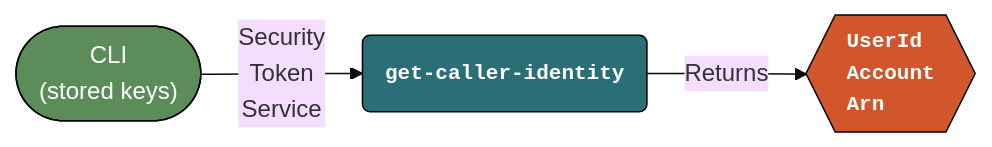
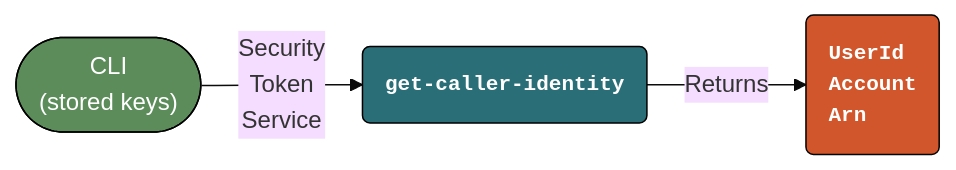
Before and after one commit to mjfrigaard/do4ds-labs: the eighth of 8 diagrams in start-aws.qmd, drawn with Mermaid. The commit also changed other lines of this file and 69 other files, not shown here.

Commit message:
style review fixes; mermaid look; lab07 model scripts and workflow deps

````diff
--- a/start-aws.qmd
+++ b/start-aws.qmd
@@ -570,18 +572,18 @@
 ```{mermaid}
 %%| fig-cap: ‘Humans and services’
 %%| fig-width: 7.0
 %%| fig-align: 'center'
-%%{init: {'theme': 'base', 'themeVariables': {'fontFamily': 'monospace'}}}%%
+%%{init: {'theme': 'base', 'look': 'classic', 'themeVariables': {'fontFamily': 'monospace'}}}%%
 
 
 graph LR
     CLI(["CLI<br>(stored keys)"])
     STS("<strong>get-caller-identity<strong>")
     CLI --"Security<br>Token<br>Service"--> STS
-    STS --Returns--> Response{{"<strong>UserId<br>Account<br>Arn</strong>"}}
+    STS --Returns--> Response("<strong>UserId<br>Account<br>Arn</strong>")
     
     style CLI fill:#5B8C5A,stroke:#000000,stroke-width:1px,color:#ffffff
     style STS fill:#2A6F77,stroke:#000000,stroke-width:1px,font-size:14px,text-align:left,font-family:monospace,color:#fff
     style Response fill:#D2562B,stroke:#000000,stroke-width:1px,font-size:14px,text-align:left,font-family:monospace,color:#ffffff
     
 ```
````
